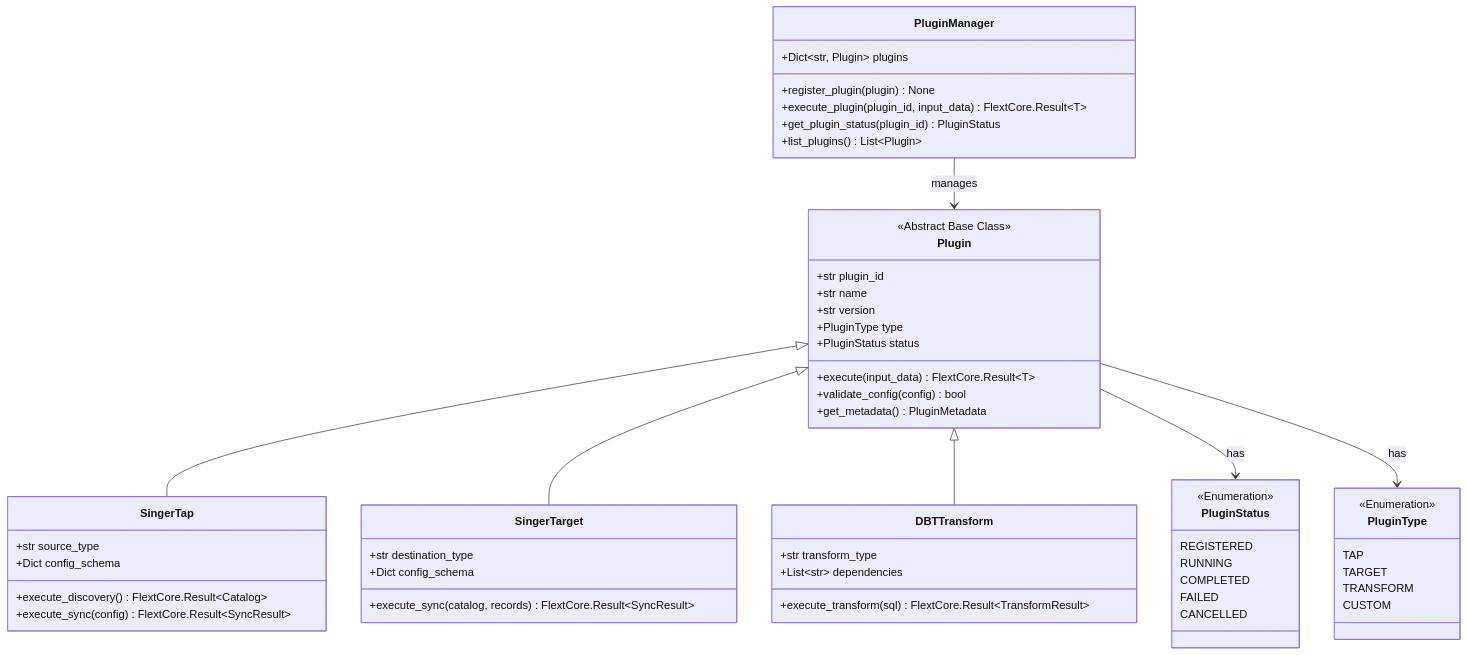
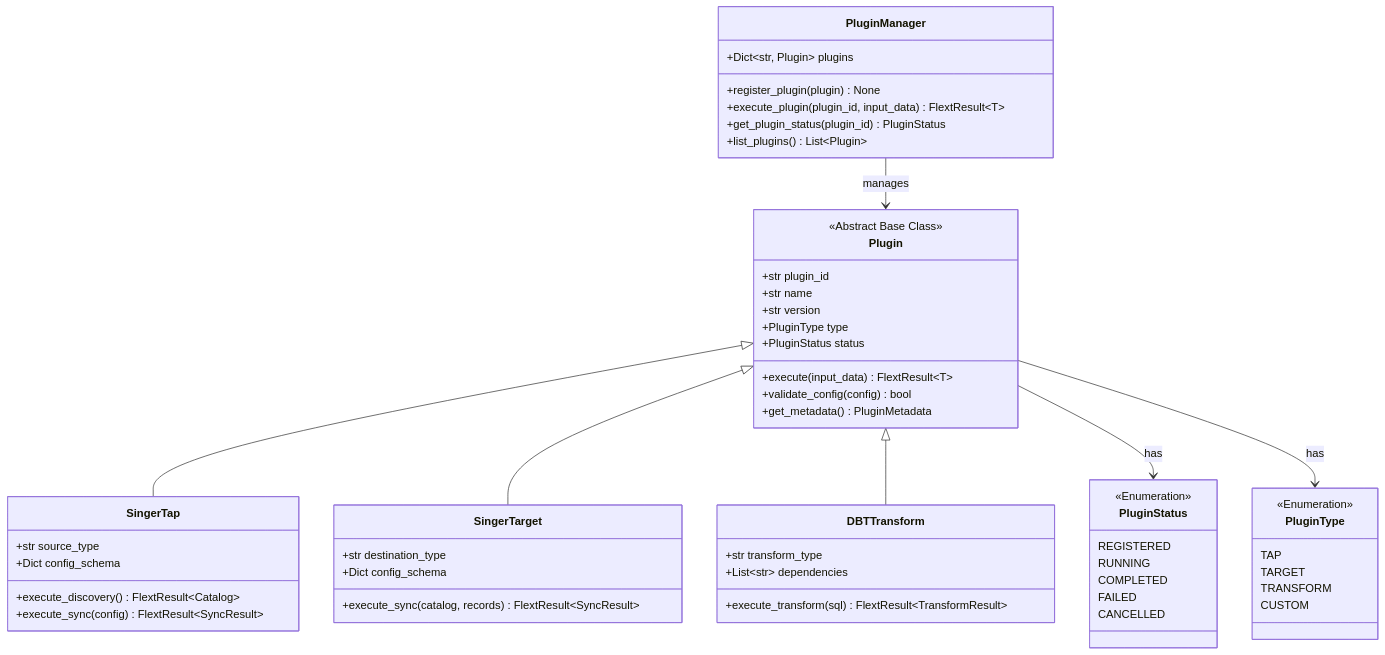
The eighth of 10 diagrams in docs/architecture/c4-model/code-diagrams.md (flext-sh/flext), drawn with Mermaid before and after one commit. The commit also changed other lines of this file and 372 other files, not shown here.

````diff
--- a/docs/architecture/c4-model/code-diagrams.md
+++ b/docs/architecture/c4-model/code-diagrams.md
@@ -353,65 +353,65 @@
 ```mermaid
 classDiagram
     class PluginManager {
         +Dict~str, Plugin~ plugins
         +register_plugin(plugin) None
-        +execute_plugin(plugin_id, input_data) FlextCore.Result~T~
+        +execute_plugin(plugin_id, input_data) FlextResult~T~
         +get_plugin_status(plugin_id) PluginStatus
         +list_plugins() List~Plugin~
     }
 
     class Plugin {
         <<Abstract Base Class>>
         +str plugin_id
         +str name
         +str version
         +PluginType type
         +PluginStatus status
-        +execute(input_data) FlextCore.Result~T~
+        +execute(input_data) FlextResult~T~
         +validate_config(config) bool
         +get_metadata() PluginMetadata
     }
 
     class SingerTap {
         +str source_type
         +Dict config_schema
-        +execute_discovery() FlextCore.Result~Catalog~
-        +execute_sync(config) FlextCore.Result~SyncResult~
+        +execute_discovery() FlextResult~Catalog~
+        +execute_sync(config) FlextResult~SyncResult~
     }
 
     class SingerTarget {
         +str destination_type
         +Dict config_schema
-        +execute_sync(catalog, records) FlextCore.Result~SyncResult~
+        +execute_sync(catalog, records) FlextResult~SyncResult~
     }
 
     class DBTTransform {
         +str transform_type
         +List~str~ dependencies
-        +execute_transform(sql) FlextCore.Result~TransformResult~
+        +execute_transform(sql) FlextResult~TransformResult~
     }
 
     class PluginStatus {
         <<Enumeration>>
         REGISTERED
         RUNNING
         COMPLETED
         FAILED
         CANCELLED
     }
 
     class PluginType {
         <<Enumeration>>
         TAP
         TARGET
         TRANSFORM
         CUSTOM
     }
 
     PluginManager --> Plugin : manages
     Plugin <|-- SingerTap
     Plugin <|-- SingerTarget
     Plugin <|-- DBTTransform
     Plugin --> PluginStatus : has
     Plugin --> PluginType : has
 ```
````
